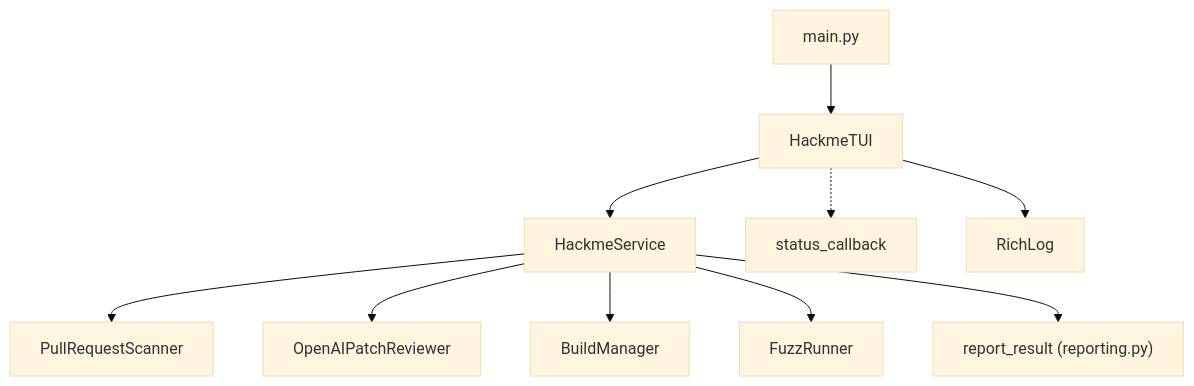
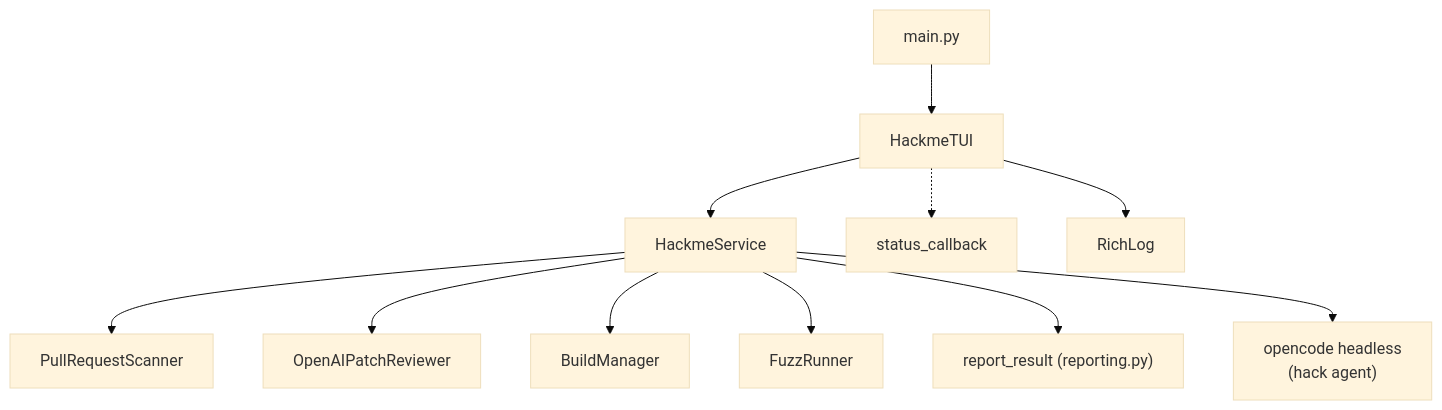
Before and after one commit to dtcxzyw/llvm-hackme: the first of 2 diagrams in INTERNALS.md, drawn with Mermaid (base theme). The commit also changed other lines of this file and 12 other files, not shown here.

First line of the commit message:
feat: add LLM-based hack agent alongside mutation fuzzing

````diff
--- a/INTERNALS.md
+++ b/INTERNALS.md
@@ -5,12 +5,13 @@
 ```mermaid
 flowchart TD
     main.py --> HackmeTUI
     HackmeTUI --> HackmeService
     HackmeTUI -.-> status_callback
     HackmeTUI --> RichLog
     HackmeService --> PullRequestScanner
     HackmeService --> OpenAIPatchReviewer
     HackmeService --> BuildManager
     HackmeService --> FuzzRunner
     HackmeService --> report_result["report_result (reporting.py)"]
+    HackmeService --> opencode_headless["opencode headless<br/>(hack agent)"]
 ```
````
